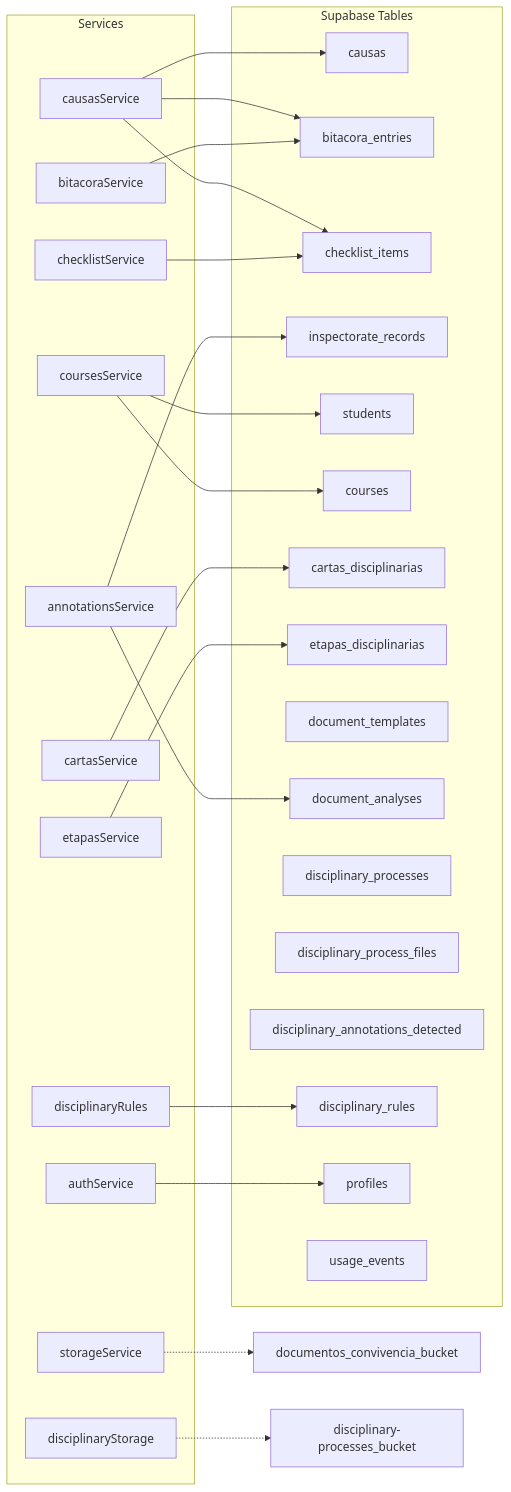
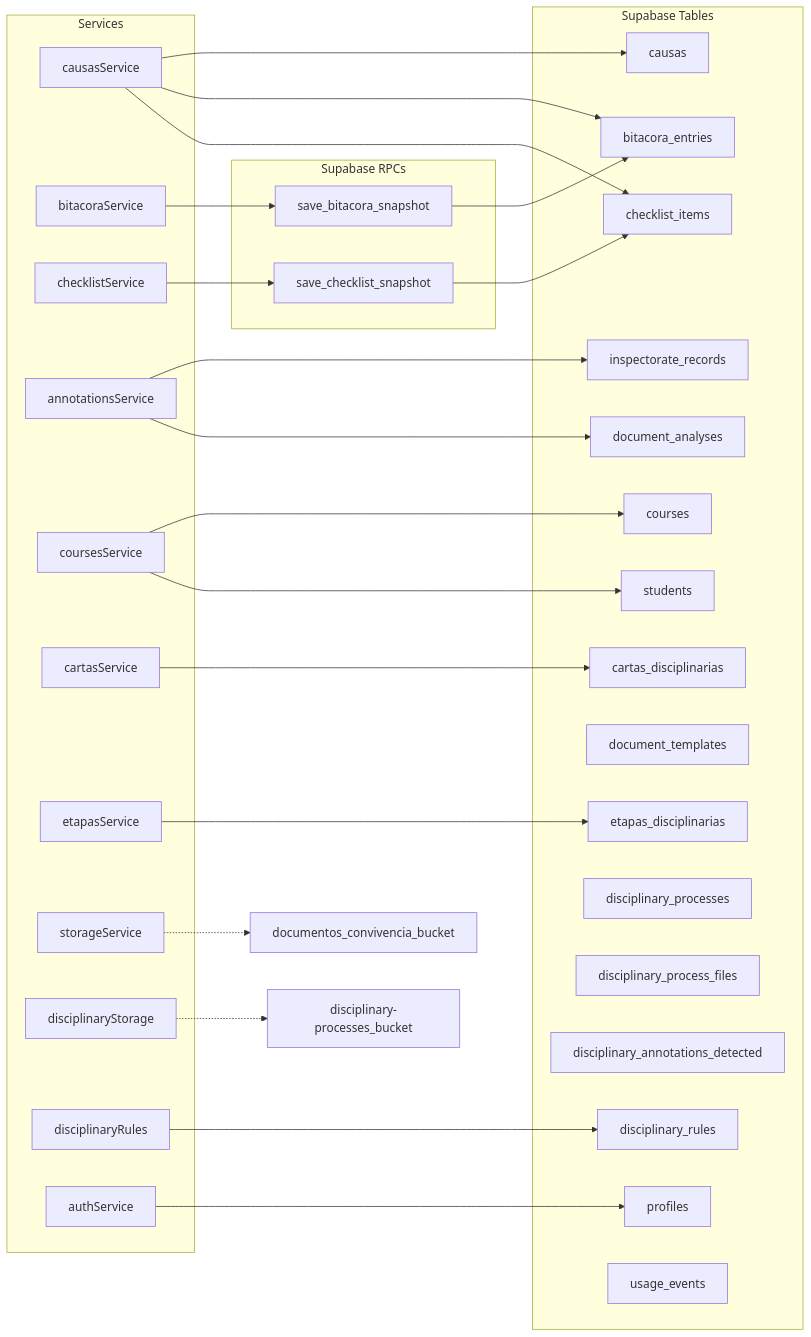
One commit to Hluengo/sistema-integral-convivencia-escolar changed the diagram in docs/dependency-graph/02-services-tables.md. Above: the diagram before and after it, drawn with Mermaid. The commit also changed other lines of this file and 102 other files, not shown here.

````diff
--- a/docs/dependency-graph/02-services-tables.md
+++ b/docs/dependency-graph/02-services-tables.md
@@ -7,60 +7,67 @@
 ```mermaid
 graph LR
     subgraph Services
         causasService
         bitacoraService
         checklistService
         annotationsService
         coursesService
         cartasService
         etapasService
         storageService
         disciplinaryStorage
         disciplinaryRules
         authService
     end
 
     subgraph Supabase Tables
         causas
         bitacora_entries
         checklist_items
         inspectorate_records
         students
         courses
         cartas_disciplinarias
         etapas_disciplinarias
         document_templates
         document_analyses
         disciplinary_processes
         disciplinary_process_files
         disciplinary_annotations_detected
         disciplinary_rules
         profiles
         usage_events
     end
 
+    subgraph Supabase RPCs
+        save_bitacora_snapshot
+        save_checklist_snapshot
+    end
+
     causasService --> causas
     causasService --> bitacora_entries
     causasService --> checklist_items
 
-    bitacoraService --> bitacora_entries
+    bitacoraService --> save_bitacora_snapshot
+    save_bitacora_snapshot --> bitacora_entries
 
-    checklistService --> checklist_items
+    checklistService --> save_checklist_snapshot
+    save_checklist_snapshot --> checklist_items
 
     annotationsService --> inspectorate_records
     annotationsService --> document_analyses
 
     coursesService --> courses
     coursesService --> students
 
     cartasService --> cartas_disciplinarias
 
     etapasService --> etapas_disciplinarias
 
     storageService -.-> documentos_convivencia_bucket
     disciplinaryStorage -.-> disciplinary-processes_bucket
 
     disciplinaryRules --> disciplinary_rules
 
     authService --> profiles
 ```
````
